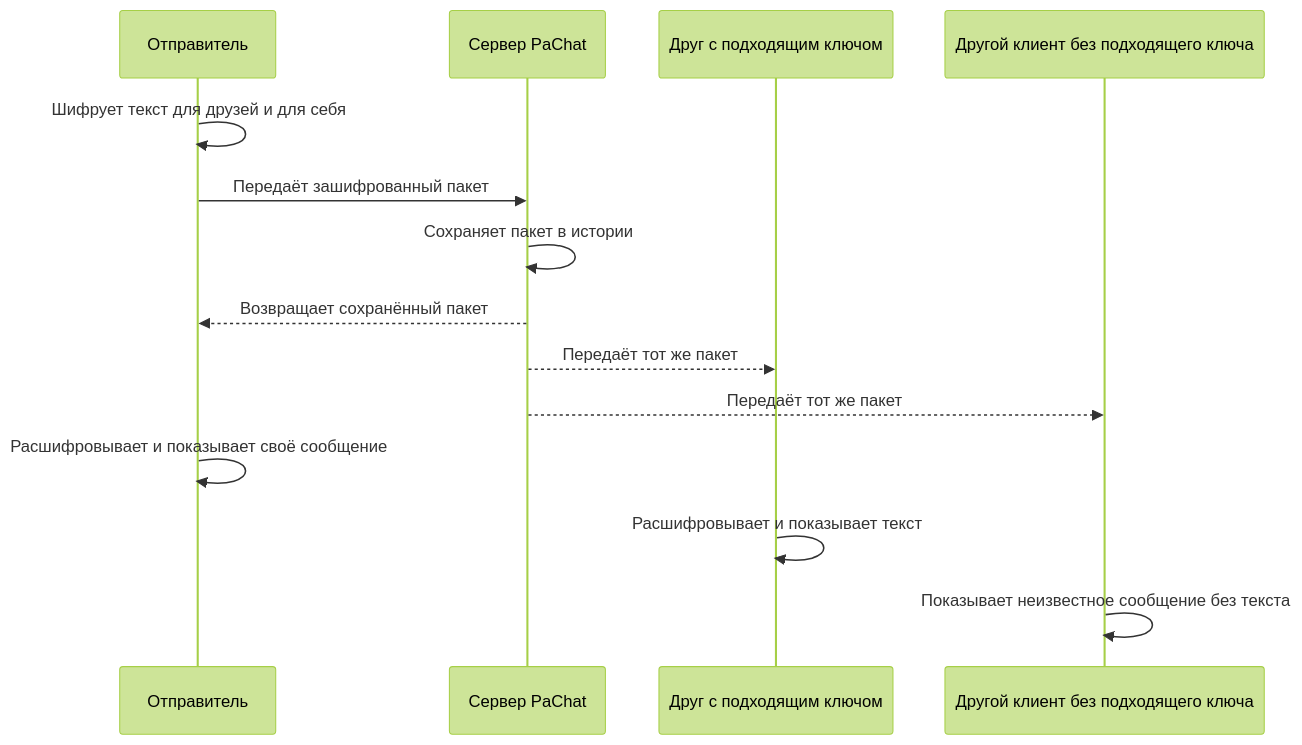
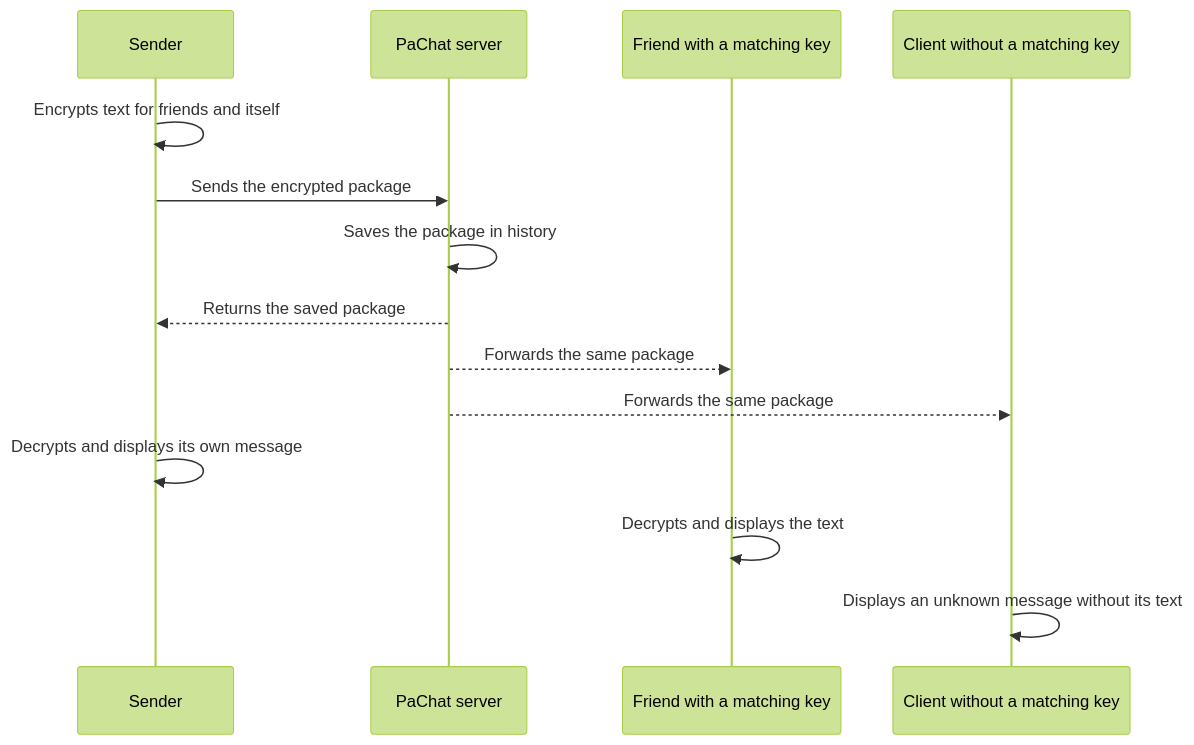
Before and after one commit to tarpaha/pachat: the first of 2 diagrams in README.md, drawn with Mermaid (forest theme). The commit also changed other lines of this file, not shown here.

````diff
--- a/README.md
+++ b/README.md
@@ -15,17 +15,17 @@
 ```mermaid
 sequenceDiagram
-    participant A as Отправитель
-    participant S as Сервер PaChat
-    participant B as Друг с подходящим ключом
-    participant C as Другой клиент без подходящего ключа
+    participant A as Sender
+    participant S as PaChat server
+    participant B as Friend with a matching key
+    participant C as Client without a matching key
 
-    A->>A: Шифрует текст для друзей и для себя
-    A->>S: Передаёт зашифрованный пакет
-    S->>S: Сохраняет пакет в истории
-    S-->>A: Возвращает сохранённый пакет
-    S-->>B: Передаёт тот же пакет
-    S-->>C: Передаёт тот же пакет
-    A->>A: Расшифровывает и показывает своё сообщение
-    B->>B: Расшифровывает и показывает текст
-    C->>C: Показывает неизвестное сообщение без текста
+    A->>A: Encrypts text for friends and itself
+    A->>S: Sends the encrypted package
+    S->>S: Saves the package in history
+    S-->>A: Returns the saved package
+    S-->>B: Forwards the same package
+    S-->>C: Forwards the same package
+    A->>A: Decrypts and displays its own message
+    B->>B: Decrypts and displays the text
+    C->>C: Displays an unknown message without its text
 ```
````
